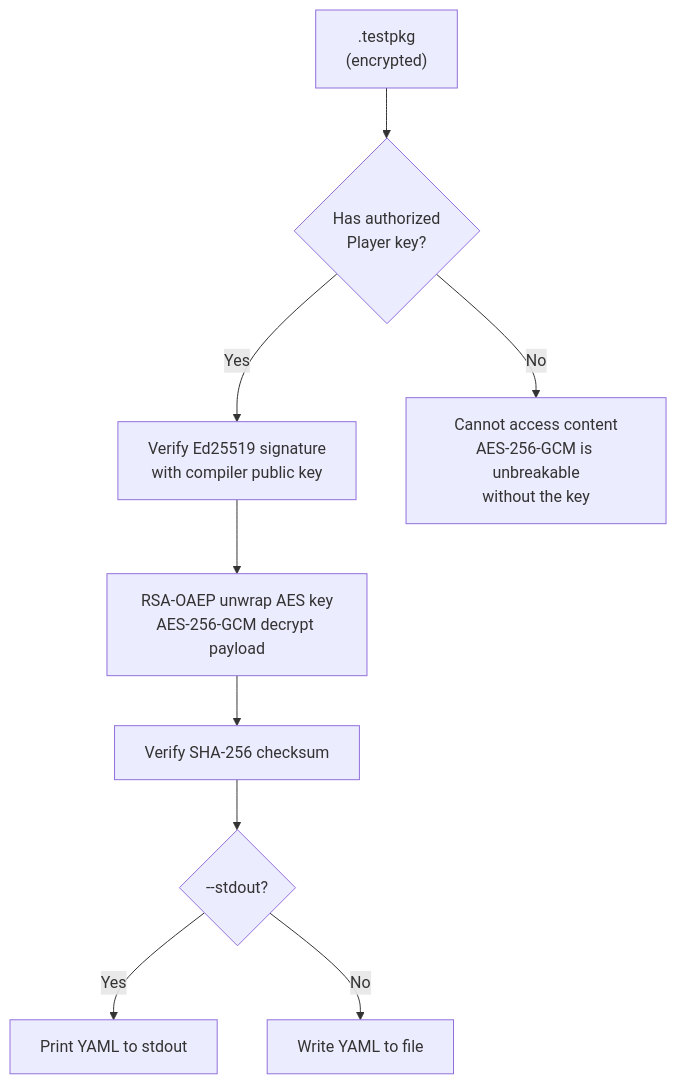
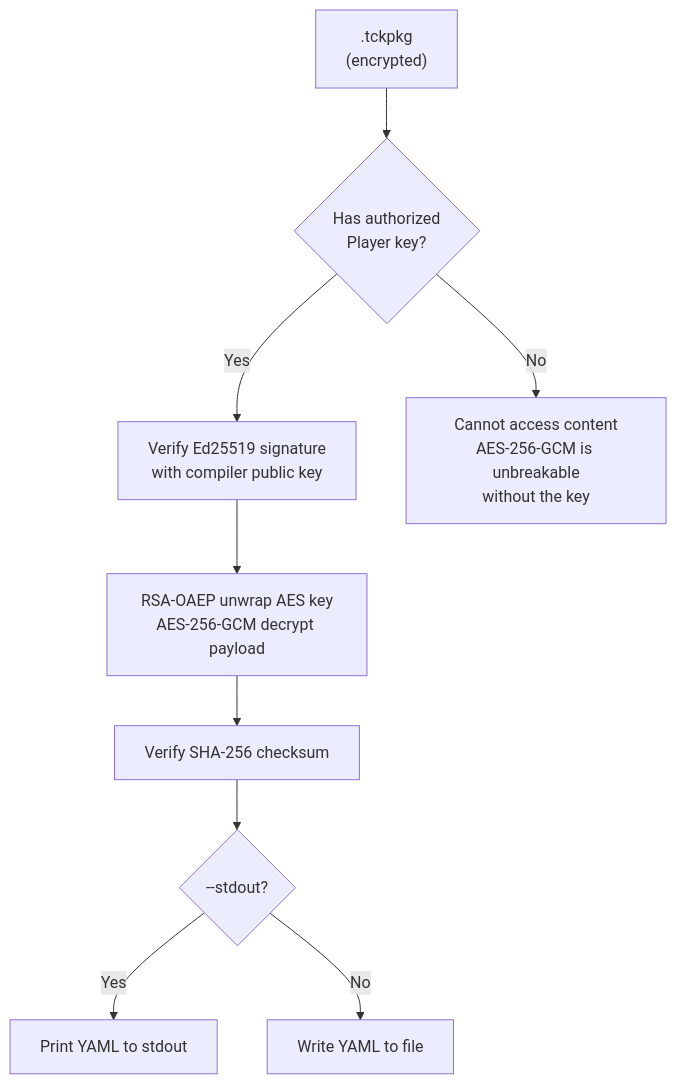
Before and after one commit to tudorfrincu1/tractusx-testlab: the third of 3 diagrams in docs/specification/specification/security.md, drawn with Mermaid. The commit also changed other lines of this file and 144 other files, not shown here.

````diff
--- a/docs/specification/specification/security.md
+++ b/docs/specification/specification/security.md
@@ -172,12 +172,12 @@
 ```mermaid
 flowchart TD
-    PKG[".testpkg<br/>(encrypted)"]
+    PKG[".tckpkg<br/>(encrypted)"]
     PKG --> Q1{"Has authorized<br/>Player key?"}
     Q1 -->|Yes| VERIFY["Verify Ed25519 signature<br/>with compiler public key"]
     VERIFY --> DECRYPT["RSA-OAEP unwrap AES key<br/>AES-256-GCM decrypt payload"]
     DECRYPT --> CHECK["Verify SHA-256 checksum"]
     CHECK --> OUT{"--stdout?"}
     OUT -->|Yes| PRINT["Print YAML to stdout"]
     OUT -->|No| WRITE["Write YAML to file"]
     Q1 -->|No| BLOCKED["Cannot access content<br/>AES-256-GCM is unbreakable<br/>without the key"]
 ```
````
